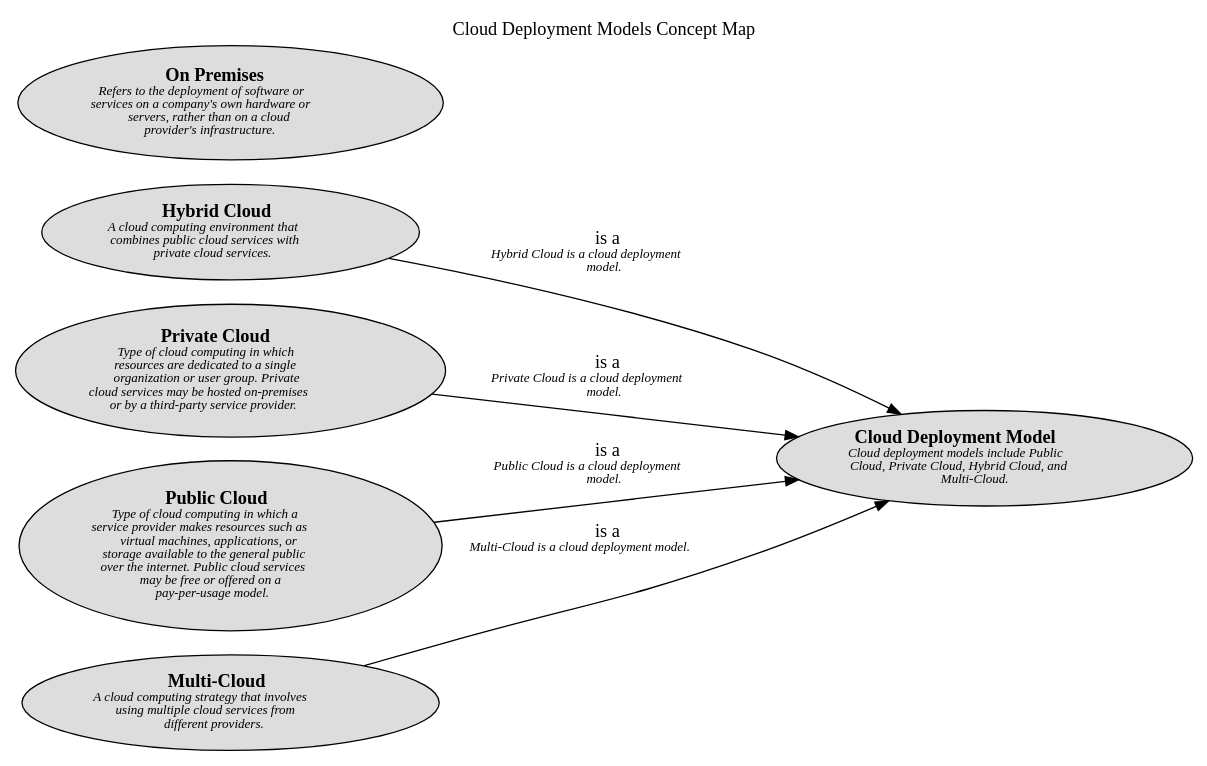
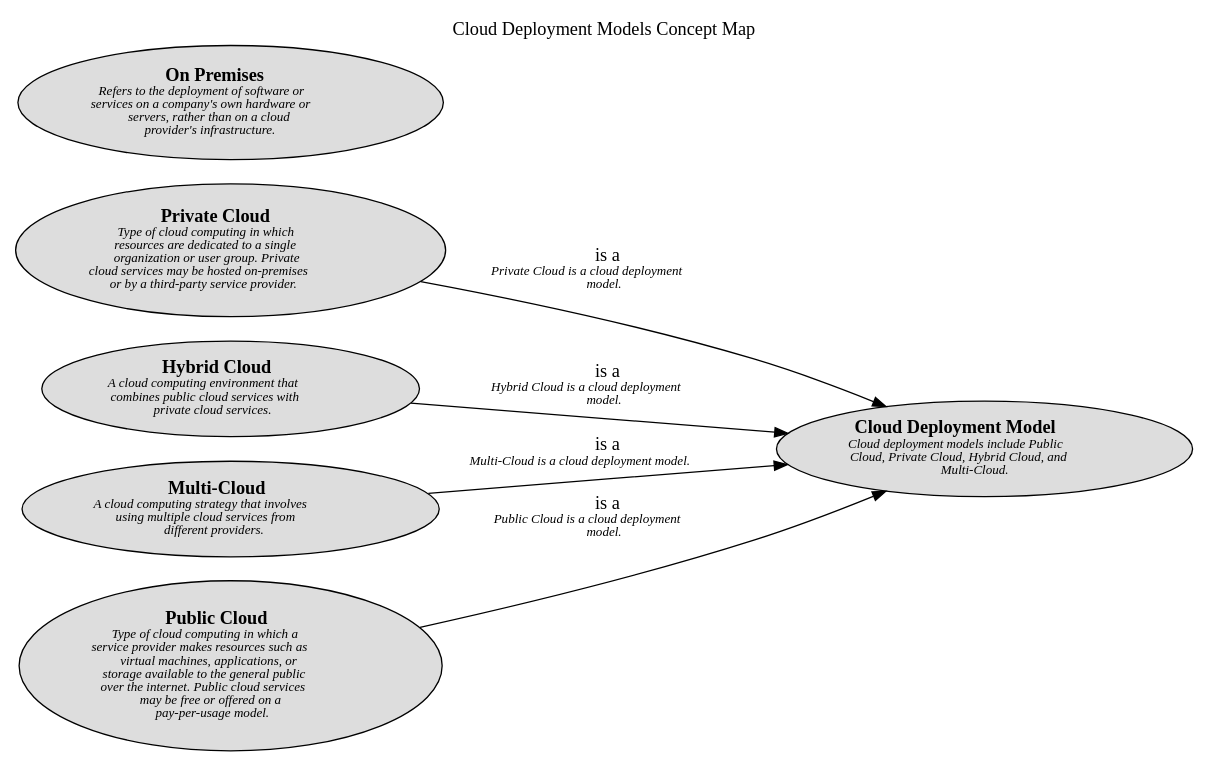
The diagram in docs/software-development/cloud/deployment-model/concept-view.dot (lsolbach/overarch-models), drawn with Graphviz before and after one commit. The commit also changed other lines of this file and 129 other files, not shown here.

```diff
--- a/docs/software-development/cloud/deployment-model/concept-view.dot
+++ b/docs/software-development/cloud/deployment-model/concept-view.dot
@@ -1,21 +1,21 @@
 digraph "Cloud Deployment Models Concept Map" {
   labelloc= "t"
   label="Cloud Deployment Models Concept Map"
   rankdir="LR"
 
   layout=dot
-software_development_cloud_deployment_model__hybrid_cloud [shape=ellipse style=filled fillcolor="#dddddd" label=<<B>Hybrid Cloud</B><BR/><FONT POINT-SIZE="10"><I>A cloud computing environment that<BR/>combines public cloud services with<BR/>private cloud services. </I></FONT>>]
 software_development_cloud_deployment_model__private_cloud [shape=ellipse style=filled fillcolor="#dddddd" label=<<B>Private Cloud</B><BR/><FONT POINT-SIZE="10"><I>Type of cloud computing in which<BR/>resources are dedicated to a single<BR/>organization or user group. Private<BR/>cloud services may be hosted on-premises<BR/>or by a third-party service provider. </I></FONT>>]
 software_development_cloud_deployment_model__on_premises [shape=ellipse style=filled fillcolor="#dddddd" label=<<B>On Premises</B><BR/><FONT POINT-SIZE="10"><I>Refers to the deployment of software or<BR/>services on a company&apos;s own hardware or<BR/>servers, rather than on a cloud<BR/>provider&apos;s infrastructure. </I></FONT>>]
+software_development_cloud_deployment_model__hybrid_cloud [shape=ellipse style=filled fillcolor="#dddddd" label=<<B>Hybrid Cloud</B><BR/><FONT POINT-SIZE="10"><I>A cloud computing environment that<BR/>combines public cloud services with<BR/>private cloud services. </I></FONT>>]
+software_development_cloud_deployment_model__multi_cloud [shape=ellipse style=filled fillcolor="#dddddd" label=<<B>Multi-Cloud</B><BR/><FONT POINT-SIZE="10"><I>A cloud computing strategy that involves<BR/>using multiple cloud services from<BR/>different providers. </I></FONT>>]
+software_development_cloud__cloud_deployment_model [shape=ellipse style=filled fillcolor="#dddddd" label=<<B>Cloud Deployment Model</B><BR/><FONT POINT-SIZE="10"><I>Cloud deployment models include Public<BR/>Cloud, Private Cloud, Hybrid Cloud, and<BR/>Multi-Cloud. </I></FONT>>]
 software_development_cloud_deployment_model__public_cloud [shape=ellipse style=filled fillcolor="#dddddd" label=<<B>Public Cloud</B><BR/><FONT POINT-SIZE="10"><I>Type of cloud computing in which a<BR/>service provider makes resources such as<BR/>virtual machines, applications, or<BR/>storage available to the general public<BR/>over the internet. Public cloud services<BR/>may be free or offered on a<BR/>pay-per-usage model. </I></FONT>>]
-software_development_cloud__cloud_deployment_model [shape=ellipse style=filled fillcolor="#dddddd" label=<<B>Cloud Deployment Model</B><BR/><FONT POINT-SIZE="10"><I>Cloud deployment models include Public<BR/>Cloud, Private Cloud, Hybrid Cloud, and<BR/>Multi-Cloud. </I></FONT>>]
-software_development_cloud_deployment_model__multi_cloud [shape=ellipse style=filled fillcolor="#dddddd" label=<<B>Multi-Cloud</B><BR/><FONT POINT-SIZE="10"><I>A cloud computing strategy that involves<BR/>using multiple cloud services from<BR/>different providers. </I></FONT>>]
  
 software_development_cloud_deployment_model__hybrid_cloud -> software_development_cloud__cloud_deployment_model [label=<is a<BR/><FONT POINT-SIZE="10"><I>Hybrid Cloud is a cloud deployment<BR/>model. </I></FONT>>]
 software_development_cloud_deployment_model__private_cloud -> software_development_cloud__cloud_deployment_model [label=<is a<BR/><FONT POINT-SIZE="10"><I>Private Cloud is a cloud deployment<BR/>model. </I></FONT>>]
 software_development_cloud_deployment_model__multi_cloud -> software_development_cloud__cloud_deployment_model [label=<is a<BR/><FONT POINT-SIZE="10"><I>Multi-Cloud is a cloud deployment model. </I></FONT>>]
 software_development_cloud_deployment_model__public_cloud -> software_development_cloud__cloud_deployment_model [label=<is a<BR/><FONT POINT-SIZE="10"><I>Public Cloud is a cloud deployment<BR/>model. </I></FONT>>]
  
 }
 
 // (generated by Overarch with template views/view.dot.cmb)
```
